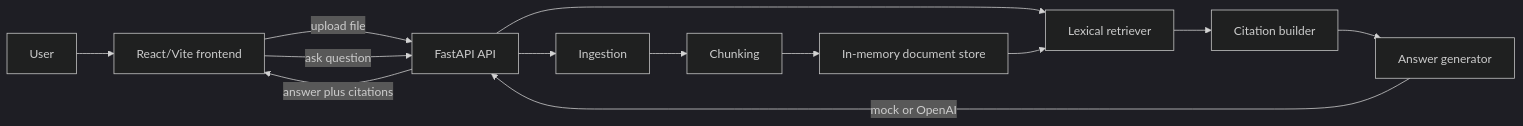
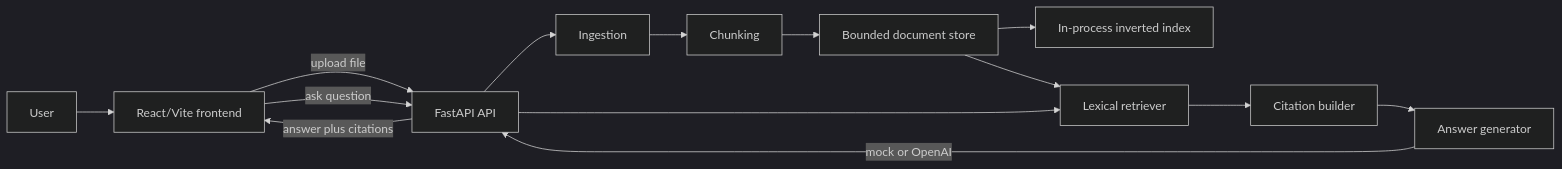
The diagram in README.md (nn2029/ai-document-qa-agent), drawn with Mermaid (dark theme) before and after one commit. The commit also changed other lines of this file and 8 other files, not shown here.

````diff
--- a/README.md
+++ b/README.md
@@ -9,15 +9,16 @@
 ```mermaid
 flowchart LR
     U["User"] --> F["React/Vite frontend"]
     F -->|upload file| A["FastAPI API"]
     F -->|ask question| A
     A --> I["Ingestion"]
     I --> C["Chunking"]
-    C --> S["In-memory document store"]
+    C --> S["Bounded document store"]
+    S --> X["In-process inverted index"]
     A --> R["Lexical retriever"]
     S --> R
     R --> P["Citation builder"]
     P --> G["Answer generator"]
     G -->|mock or OpenAI| A
     A -->|answer plus citations| F
 ```
````
